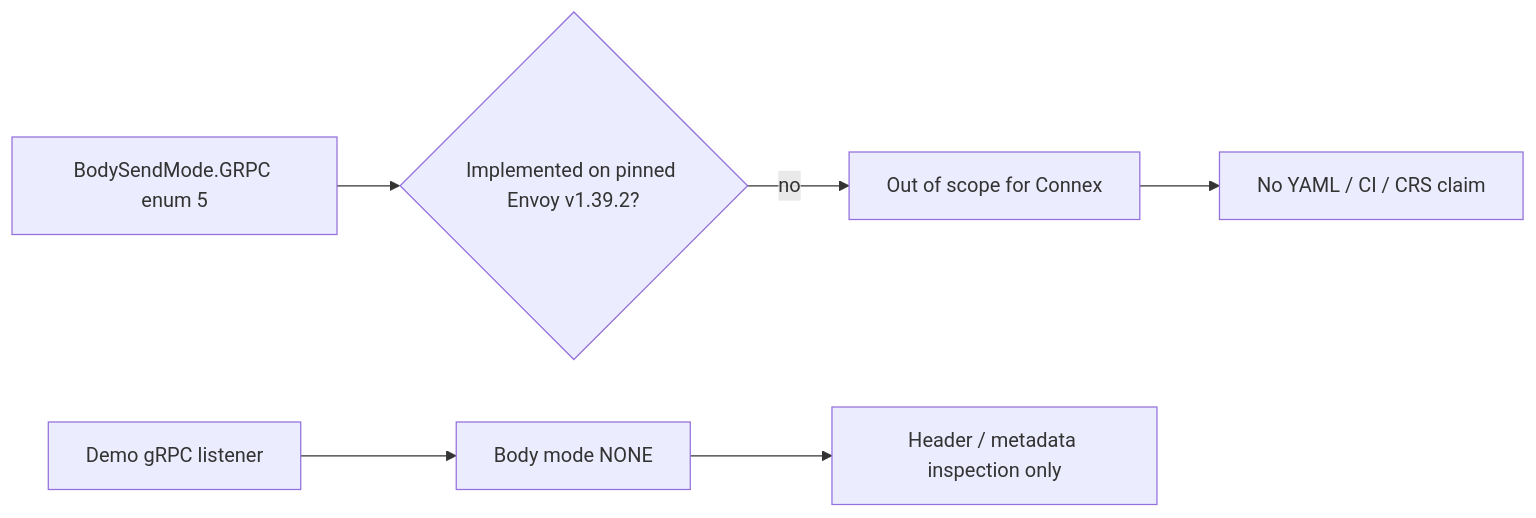
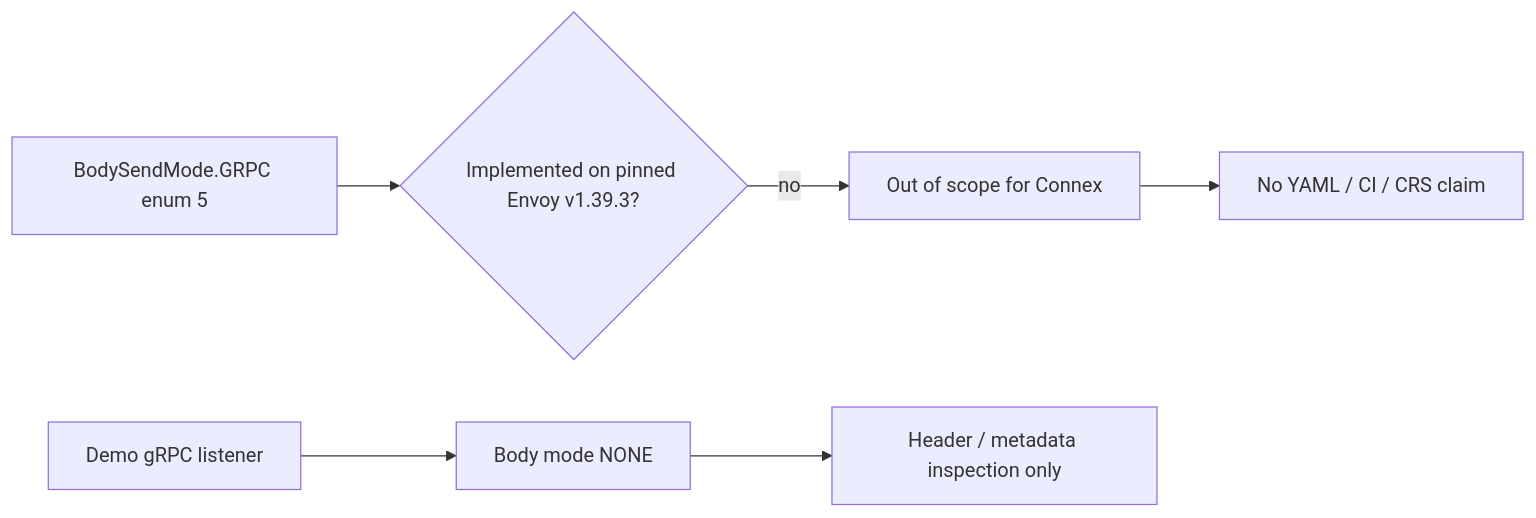
Before and after one commit to etiennemunnich/modsec-envoy-connector: the diagram in docs/modes/grpc.md, drawn with Mermaid. The commit also changed other lines of this file and 1 other file, not shown here.

First line of the commit message:
Adopt CRS v4.25.2 as the LTS pin; grpc.md quotes the v1.39.3 pin [skip ci] (#48)

````diff
--- a/docs/modes/grpc.md
+++ b/docs/modes/grpc.md
@@ -25,8 +25,8 @@
 ```mermaid
 flowchart LR
-  A[BodySendMode.GRPC enum 5] --> B{Implemented on pinned Envoy v1.39.2?}
+  A[BodySendMode.GRPC enum 5] --> B{Implemented on pinned Envoy v1.39.3?}
   B -->|no| C[Out of scope for Connex]
   C --> D[No YAML / CI / CRS claim]
   E[Demo gRPC listener] --> F[Body mode NONE]
   F --> G[Header / metadata inspection only]
 ```
````
